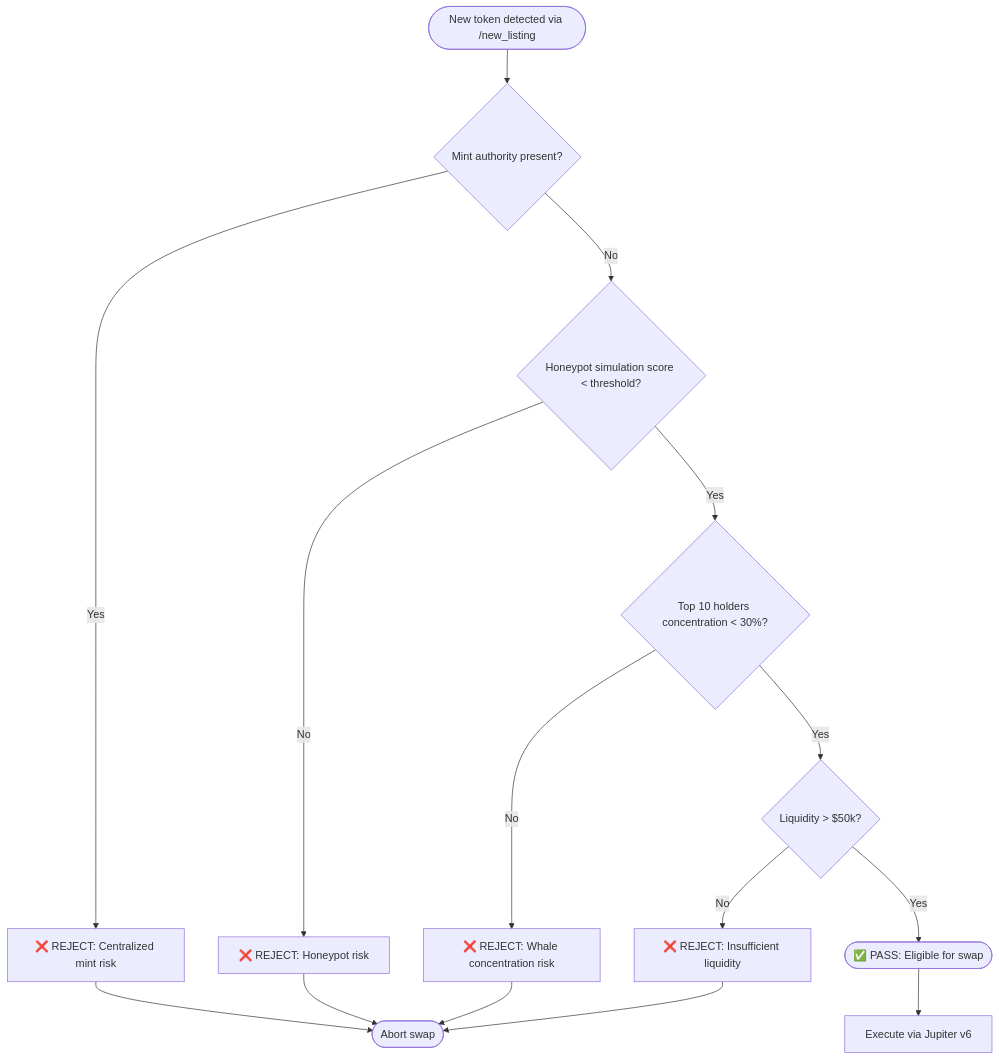
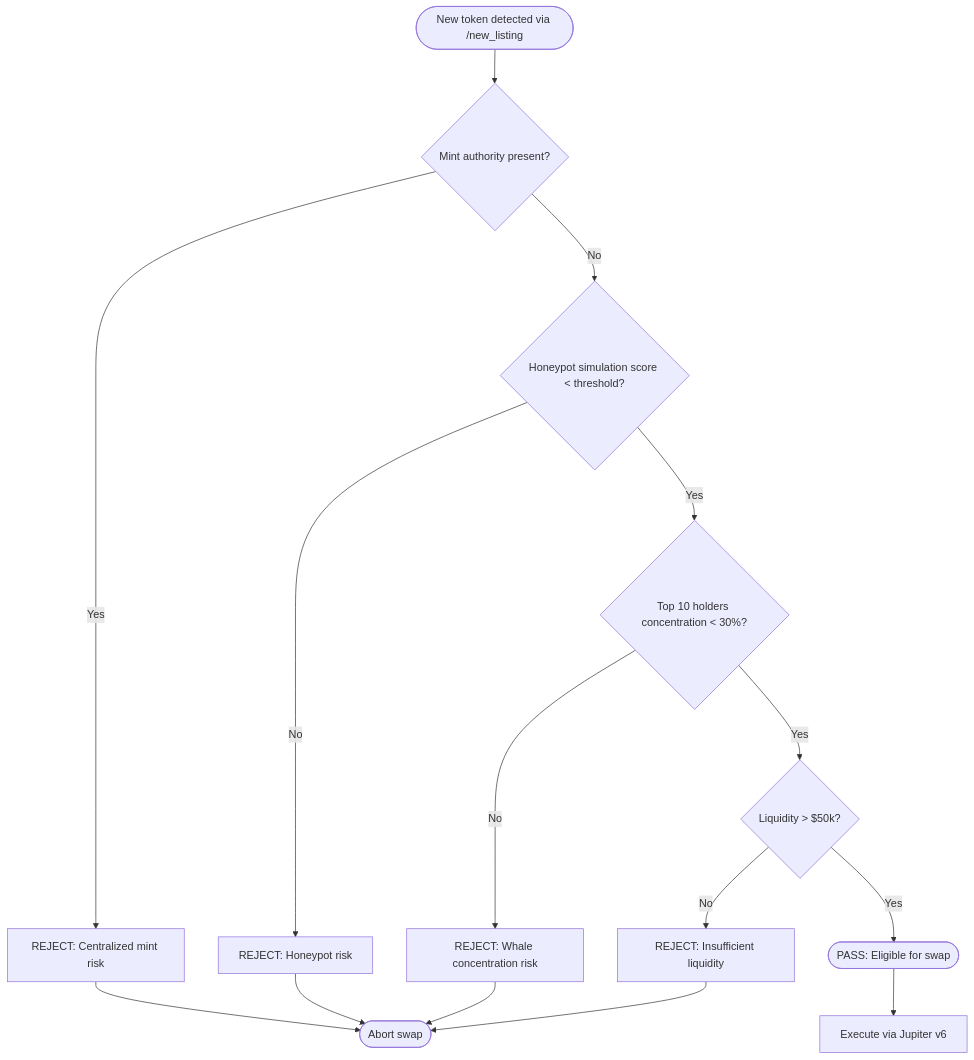
One commit to jaiswalraj03014/AuditSwap changed the second of 3 diagrams in README.md. Above: the diagram before and after it, drawn with Mermaid. The commit also changed other lines of this file, not shown here.

````diff
--- a/README.md
+++ b/README.md
@@ -48,25 +48,25 @@
 ```mermaid
 flowchart TD
     START([New token detected via /new_listing]) --> A{Mint authority present?}
     
-    A -->|Yes| REJECT1[❌ REJECT: Centralized mint risk]
+    A -->|Yes| REJECT1[ REJECT: Centralized mint risk]
     REJECT1 --> ABORT([Abort swap])
     
     A -->|No| B{Honeypot simulation score < threshold?}
     
-    B -->|No| REJECT2[❌ REJECT: Honeypot risk]
+    B -->|No| REJECT2[ REJECT: Honeypot risk]
     REJECT2 --> ABORT
     
     B -->|Yes| C{Top 10 holders concentration < 30%?}
     
-    C -->|No| REJECT3[❌ REJECT: Whale concentration risk]
+    C -->|No| REJECT3[ REJECT: Whale concentration risk]
     REJECT3 --> ABORT
     
     C -->|Yes| D{Liquidity > $50k?}
     
-    D -->|No| REJECT4[❌ REJECT: Insufficient liquidity]
+    D -->|No| REJECT4[ REJECT: Insufficient liquidity]
     REJECT4 --> ABORT
     
-    D -->|Yes| PASS([✅ PASS: Eligible for swap])
+    D -->|Yes| PASS([ PASS: Eligible for swap])
     PASS --> EXECUTE[Execute via Jupiter v6]
 ```
````
